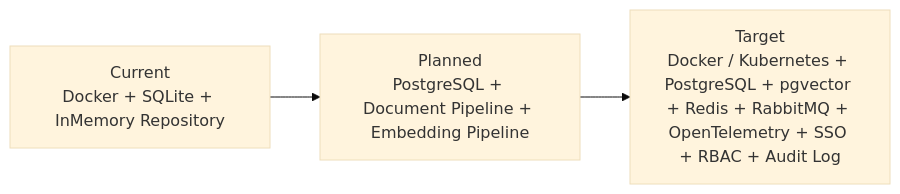
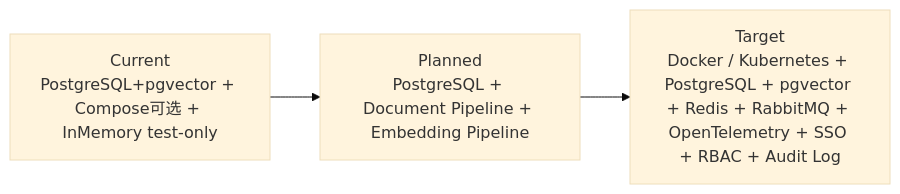
Before and after one commit to kurekako2017/vscode_study: the fifth of 8 diagrams in ai-lab/ai-learn/retail-insight-ai/docs/ai-agent-retail-handbook-v3/09_系统设计书.md, drawn with Mermaid (base theme). The commit also changed other lines of this file and 24 other files, not shown here.

````diff
--- a/ai-lab/ai-learn/retail-insight-ai/docs/ai-agent-retail-handbook-v3/09_系统设计书.md
+++ b/ai-lab/ai-learn/retail-insight-ai/docs/ai-agent-retail-handbook-v3/09_系统设计书.md
@@ -430,8 +433,8 @@
 ```mermaid
 flowchart LR
-    CUR[Current<br/>Docker + SQLite + InMemory Repository]
+    CUR[Current<br/>PostgreSQL+pgvector + Compose可选 + InMemory test-only]
     PLAN[Planned<br/>PostgreSQL + Document Pipeline + Embedding Pipeline]
     TAR[Target<br/>Docker / Kubernetes + PostgreSQL + pgvector + Redis + RabbitMQ + OpenTelemetry + SSO + RBAC + Audit Log]
 
     CUR --> PLAN --> TAR
 ```
````
